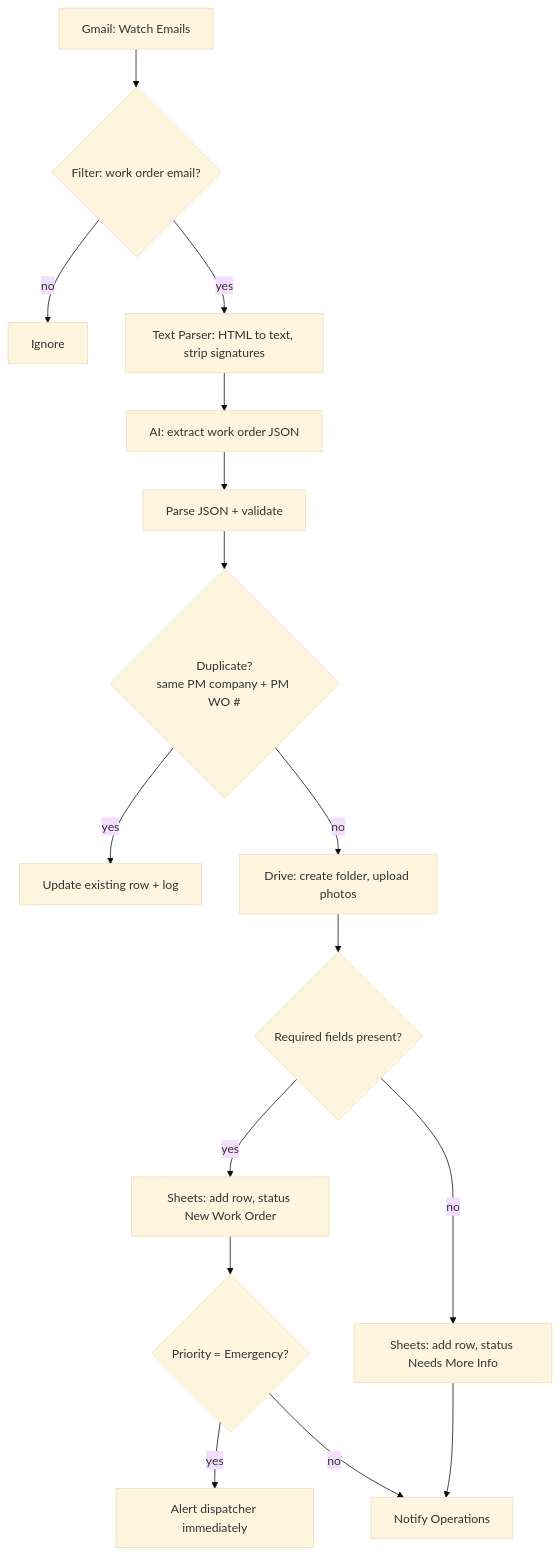
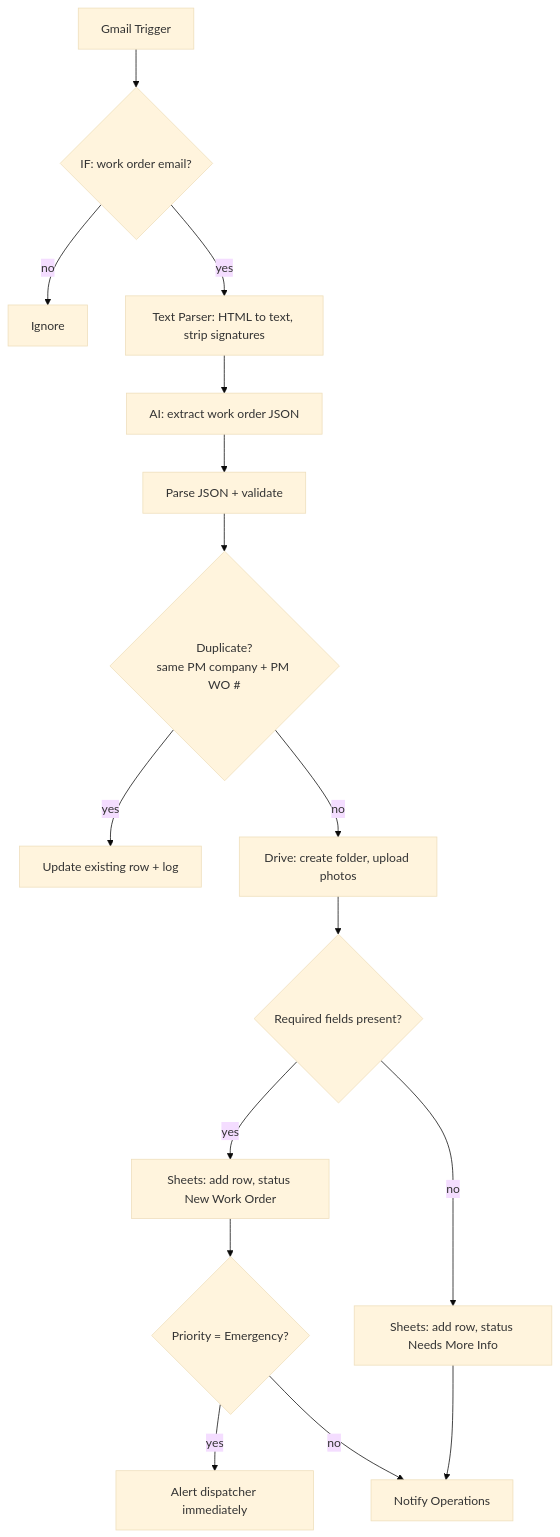
The diagram in docs/scenarios/01-work-order-intake.md (mariafe-jmbrandify/ai-property-maintenance-automation), drawn with Mermaid (base theme) before and after one commit. The commit also changed other lines of this file and 35 other files, not shown here.

````diff
--- a/docs/scenarios/01-work-order-intake.md
+++ b/docs/scenarios/01-work-order-intake.md
@@ -17,18 +17,18 @@
 ```mermaid
 flowchart TD
-    A[Gmail: Watch Emails] --> B{Filter: work order email?}
+    A[Gmail Trigger] --> B{IF: work order email?}
     B -- no --> X[Ignore]
     B -- yes --> C[Text Parser: HTML to text, strip signatures]
     C --> D[AI: extract work order JSON]
     D --> E[Parse JSON + validate]
     E --> F{Duplicate?<br/>same PM company + PM WO #}
     F -- yes --> G[Update existing row + log]
     F -- no --> H[Drive: create folder, upload photos]
     H --> I{Required fields present?}
     I -- yes --> J[Sheets: add row, status New Work Order]
     I -- no --> K[Sheets: add row, status Needs More Info]
     J --> L{Priority = Emergency?}
     L -- yes --> M[Alert dispatcher immediately]
     L -- no --> N[Notify Operations]
     K --> N
 ```
````
